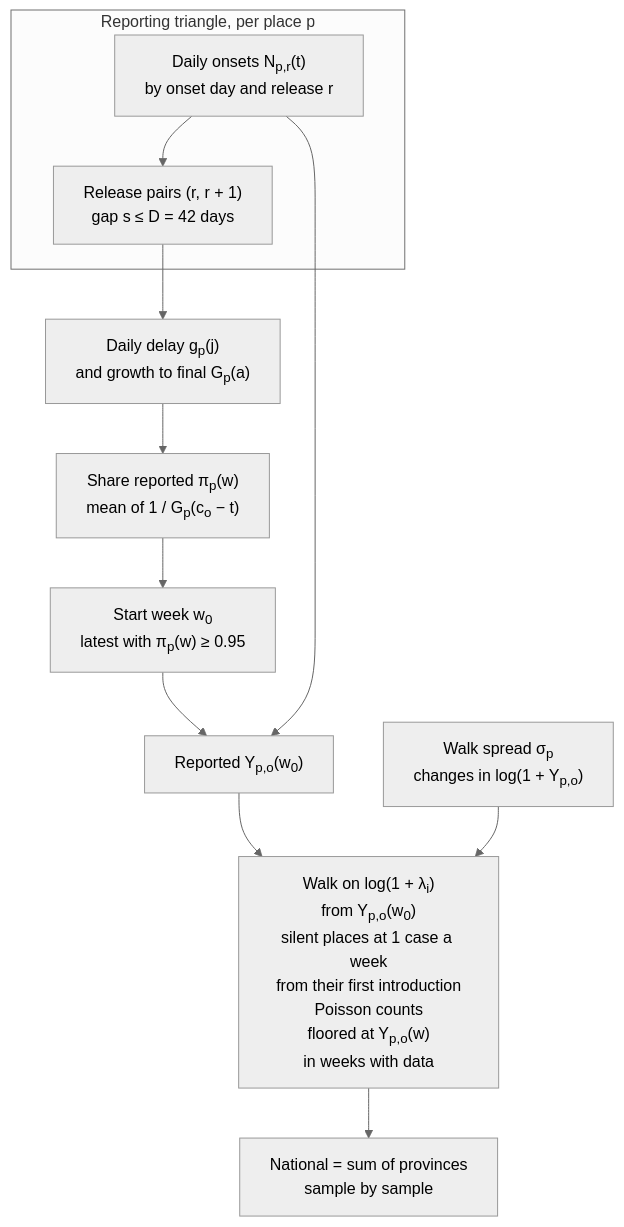
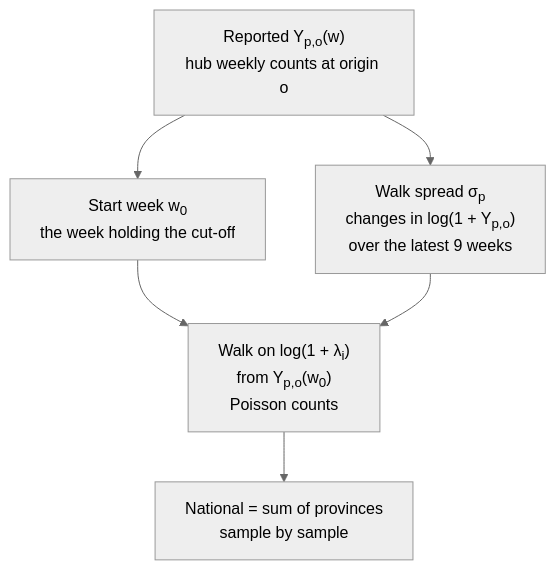
Before and after one commit to seabbs/BDBVHubRenewal: the second of 2 diagrams in docs/methods/baselines.md, drawn with Mermaid (neutral theme). The commit also changed other lines of this file and 17 other files, not shown here.

First line of the commit message:
Make randomwalk the plain walk on the counts as reported

````diff
--- a/docs/methods/baselines.md
+++ b/docs/methods/baselines.md
@@ -48,24 +48,14 @@
 ```mermaid
 flowchart TD
-    subgraph TRI["Reporting triangle, per place p"]
-        SNAP["Daily onsets N<sub>p,r</sub>(t)<br/>by onset day and release r"]
-        PAIR["Release pairs (r, r + 1)<br/>gap s ≤ D = 42 days"]
-    end
-    DEL["Daily delay g<sub>p</sub>(j)<br/>and growth to final G<sub>p</sub>(a)"]
-    PI["Share reported π<sub>p</sub>(w)<br/>mean of 1 / G<sub>p</sub>(c<sub>o</sub> − t)"]
-    W0["Start week w<sub>0</sub><br/>latest with π<sub>p</sub>(w) ≥ 0.95"]
-    Y["Reported Y<sub>p,o</sub>(w<sub>0</sub>)"]
-    SIG["Walk spread σ<sub>p</sub><br/>changes in log(1 + Y<sub>p,o</sub>)"]
-    W["Walk on log(1 + λ<sub>i</sub>)<br/>from Y<sub>p,o</sub>(w<sub>0</sub>)<br/>silent places at 1 case a week<br/>from their first introduction<br/>Poisson counts<br/>floored at Y<sub>p,o</sub>(w)<br/>in weeks with data"]
+    Y["Reported Y<sub>p,o</sub>(w)<br/>hub weekly counts at origin o"]
+    W0["Start week w<sub>0</sub><br/>the week holding the cut-off"]
+    SIG["Walk spread σ<sub>p</sub><br/>changes in log(1 + Y<sub>p,o</sub>)<br/>over the latest 9 weeks"]
+    W["Walk on log(1 + λ<sub>i</sub>)<br/>from Y<sub>p,o</sub>(w<sub>0</sub>)<br/>Poisson counts"]
     NAT["National = sum of provinces<br/>sample by sample"]
 
-    SNAP --> PAIR
-    PAIR --> DEL
-    DEL --> PI
-    PI --> W0
-    W0 --> Y
-    SNAP --> Y
-    Y --> W
+    Y --> W0
+    W0 --> W
+    Y --> SIG
     SIG --> W
     W --> NAT
 ```
````
